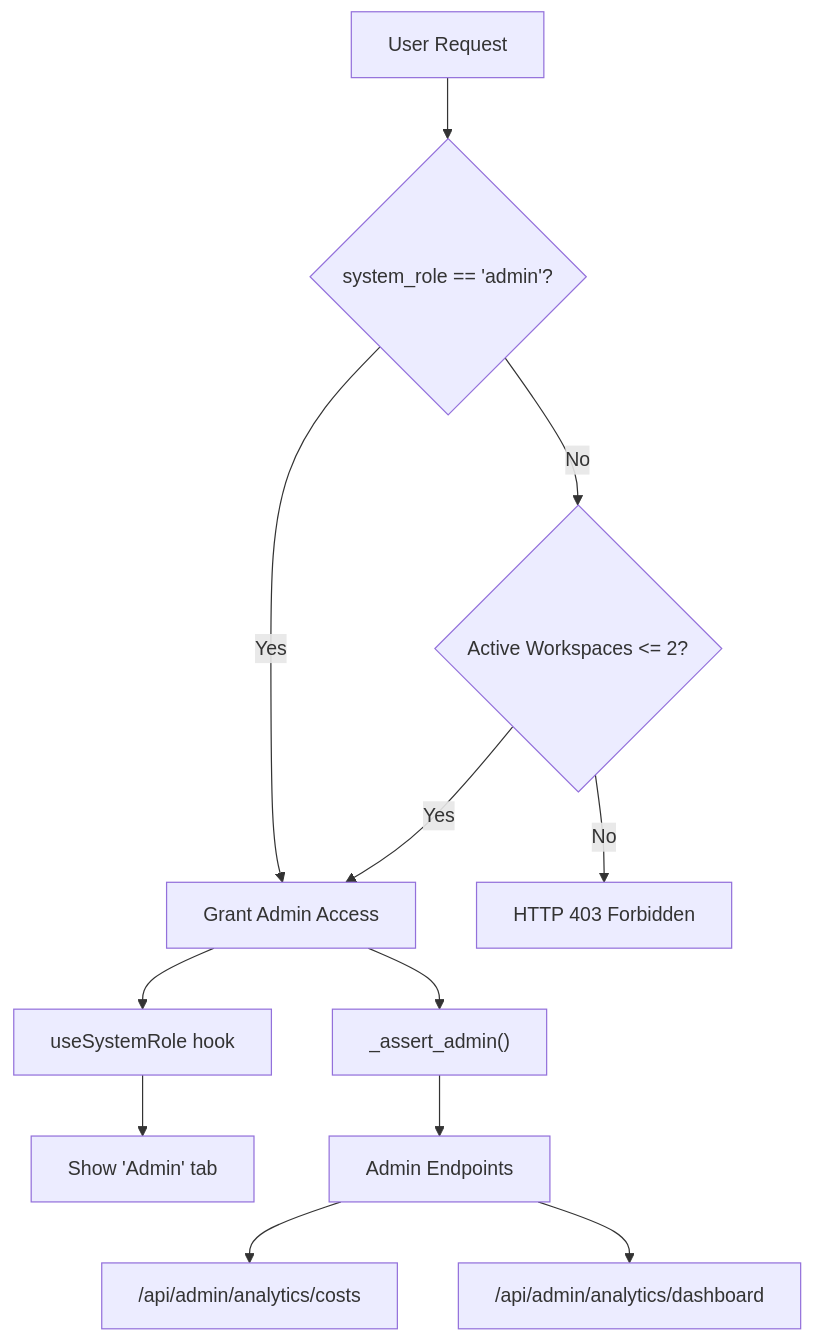
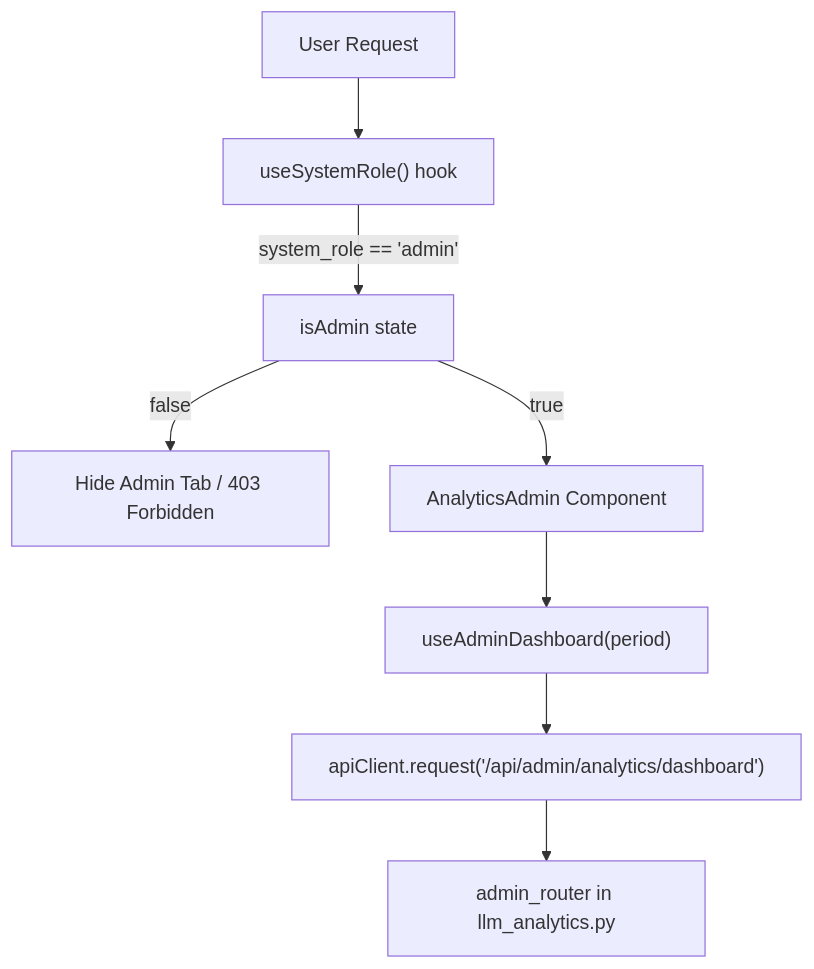
Before and after one commit to AutomatosAI/automatos-ai: the first of 3 diagrams in docs/analytics-monitoring/admin-analytics.md, drawn with Mermaid. The commit also changed other lines of this file and 153 other files, not shown here.

````diff
--- a/docs/analytics-monitoring/admin-analytics.md
+++ b/docs/analytics-monitoring/admin-analytics.md
@@ -49,23 +57,16 @@
 ```mermaid
 graph TB
     User["User Request"]
-    RoleCheck{"system_role == 'admin'?"}
-    BootstrapCheck{"Active Workspaces <= 2?"}
-    AdminAccess["Grant Admin Access"]
-    Deny["HTTP 403 Forbidden"]
+    RoleContext["useSystemRole() hook"]
+    AdminFlag["isAdmin state"]
+    Deny["Hide Admin Tab / 403 Forbidden"]
     
-    User --> RoleCheck
-    RoleCheck -->|Yes| AdminAccess
-    RoleCheck -->|No| BootstrapCheck
-    BootstrapCheck -->|Yes| AdminAccess
-    BootstrapCheck -->|No| Deny
+    User --> RoleContext
+    RoleContext -- "system_role == 'admin'" --> AdminFlag
+    AdminFlag -- "true" --> Frontend["AnalyticsAdmin Component"]
+    AdminFlag -- "false" --> Deny
     
-    AdminAccess --> FrontendCheck["useSystemRole hook"]
-    FrontendCheck --> TabVisibility["Show 'Admin' tab"]
-    
-    AdminAccess --> BackendCheck["_assert_admin()"]
-    BackendCheck --> AdminEndpoints["Admin Endpoints"]
-    
-    AdminEndpoints --> CostAnalytics["/api/admin/analytics/costs"]
-    AdminEndpoints --> DashboardData["/api/admin/analytics/dashboard"]
+    Frontend --> Hooks["useAdminDashboard(period)"]
+    Hooks --> API["apiClient.request('/api/admin/analytics/dashboard')"]
+    API --> Backend["admin_router in llm_analytics.py"]
 ```
````
